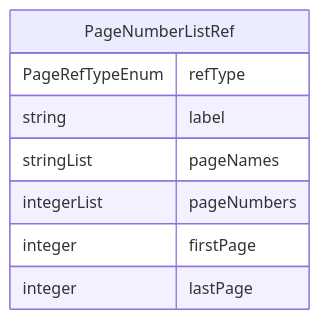
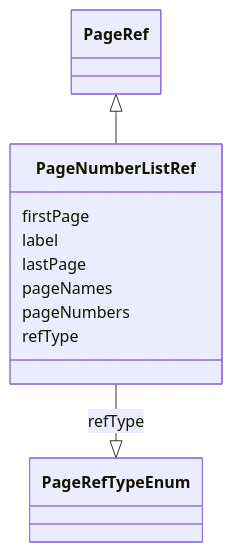
The diagram in project/docs/PageNumberListRef.md (cdisc-org/analysis-results-standard), drawn with Mermaid before and after one commit. The commit also changed 256 other files, not shown here.

Commit message:
Documentation diagrams

````diff
--- a/project/docs/PageNumberListRef.md
+++ b/project/docs/PageNumberListRef.md
@@ -13,14 +15,21 @@
 ```mermaid
-erDiagram
-PageNumberListRef {
-    PageRefTypeEnum refType  
-    string label  
-    stringList pageNames  
-    integerList pageNumbers  
-    integer firstPage  
-    integer lastPage  
-}
-
-
-
+ classDiagram
+    class PageNumberListRef
+      PageRef <|-- PageNumberListRef
+      
+      PageNumberListRef : firstPage
+        
+      PageNumberListRef : label
+        
+      PageNumberListRef : lastPage
+        
+      PageNumberListRef : pageNames
+        
+      PageNumberListRef : pageNumbers
+        
+      PageNumberListRef : refType
+        
+          PageNumberListRef --|> PageRefTypeEnum : refType
+        
+      
 ```
````
